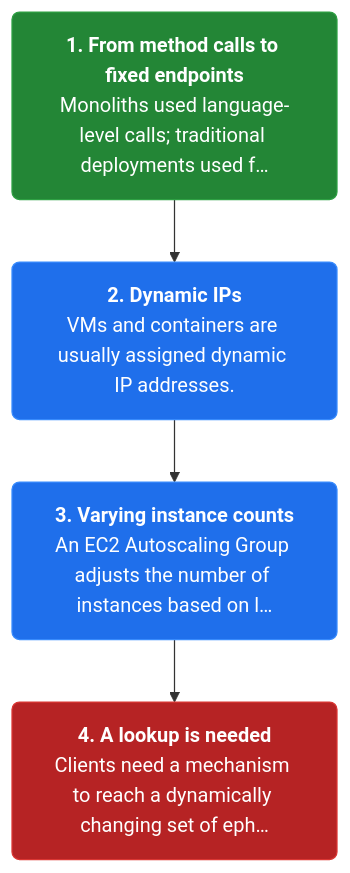
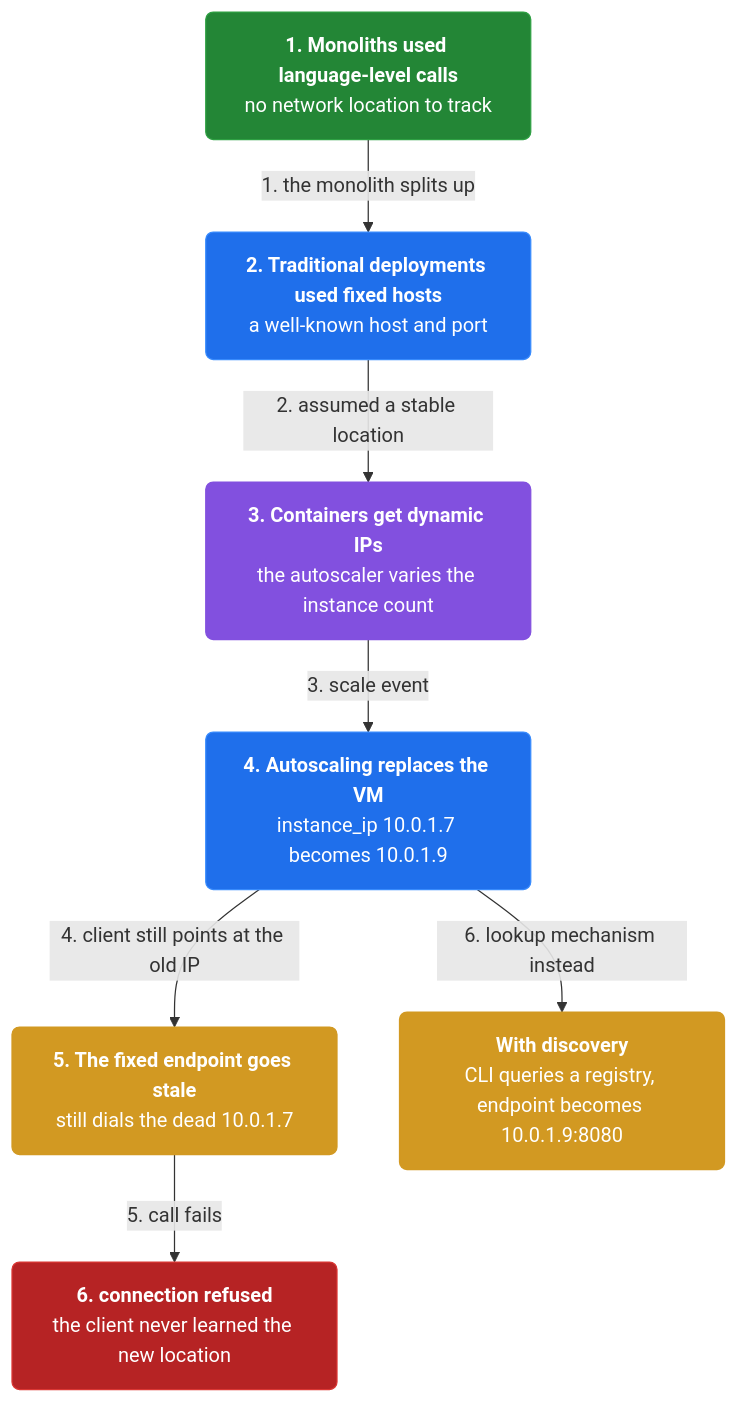
One commit to vinayakuber/microservices-io-study-guide changed the first of 4 diagrams in docs/ch09-client-side-discovery.md. Above: the diagram before and after it, drawn with Mermaid. The commit also changed other lines of this file and 46 other files, not shown here.

First line of the commit message:
Author rich branching flow diagrams for all 44 chapters

````diff
--- a/docs/ch09-client-side-discovery.md
+++ b/docs/ch09-client-side-discovery.md
@@ -13,13 +13,21 @@
 ```mermaid
 flowchart TD
-  classDef step fill:#1f6feb,color:#ffffff,stroke:#388bfd,stroke-width:1px,rx:6
+  classDef step fill:#1f6feb,color:#ffffff,stroke:#388bfd,rx:6
+  classDef core fill:#8250df,color:#ffffff,stroke:#8250df,rx:6
+  classDef warn fill:#d29922,color:#ffffff,stroke:#d29922,rx:6
   classDef start fill:#238636,color:#ffffff,stroke:#2ea043,rx:6
   classDef stop fill:#b62324,color:#ffffff,stroke:#da3633,rx:6
-  s0n0["<b>1. From method calls to fixed endpoints</b><br/>Monoliths used language-level calls; traditional deployments used f…"]:::start
-  s0n1["<b>2. Dynamic IPs</b><br/>VMs and containers are usually assigned dynamic IP addresses."]:::step
-  s0n2["<b>3. Varying instance counts</b><br/>An EC2 Autoscaling Group adjusts the number of instances based on l…"]:::step
-  s0n3["<b>4. A lookup is needed</b><br/>Clients need a mechanism to reach a dynamically changing set of eph…"]:::stop
-  s0n0 --> s0n1
-  s0n1 --> s0n2
-  s0n2 --> s0n3
+  n0["<b>1. Monoliths used language-level calls</b><br/>no network location to track"]:::start
+  n1["<b>2. Traditional deployments used fixed hosts</b><br/>a well-known host and port"]:::step
+  n2["<b>3. Containers get dynamic IPs</b><br/>the autoscaler varies the instance count"]:::core
+  n3["<b>4. Autoscaling replaces the VM</b><br/>instance_ip 10.0.1.7 becomes 10.0.1.9"]:::step
+  n4["<b>5. The fixed endpoint goes stale</b><br/>still dials the dead 10.0.1.7"]:::warn
+  n5["<b>6. connection refused</b><br/>the client never learned the new location"]:::stop
+  n6["<b>With discovery</b><br/>CLI queries a registry, endpoint becomes 10.0.1.9:8080"]:::warn
+  n0 -->|"1. the monolith splits up"| n1
+  n1 -->|"2. assumed a stable location"| n2
+  n2 -->|"3. scale event"| n3
+  n3 -->|"4. client still points at the old IP"| n4
+  n4 -->|"5. call fails"| n5
+  n3 -->|"6. lookup mechanism instead"| n6
 ```
````
